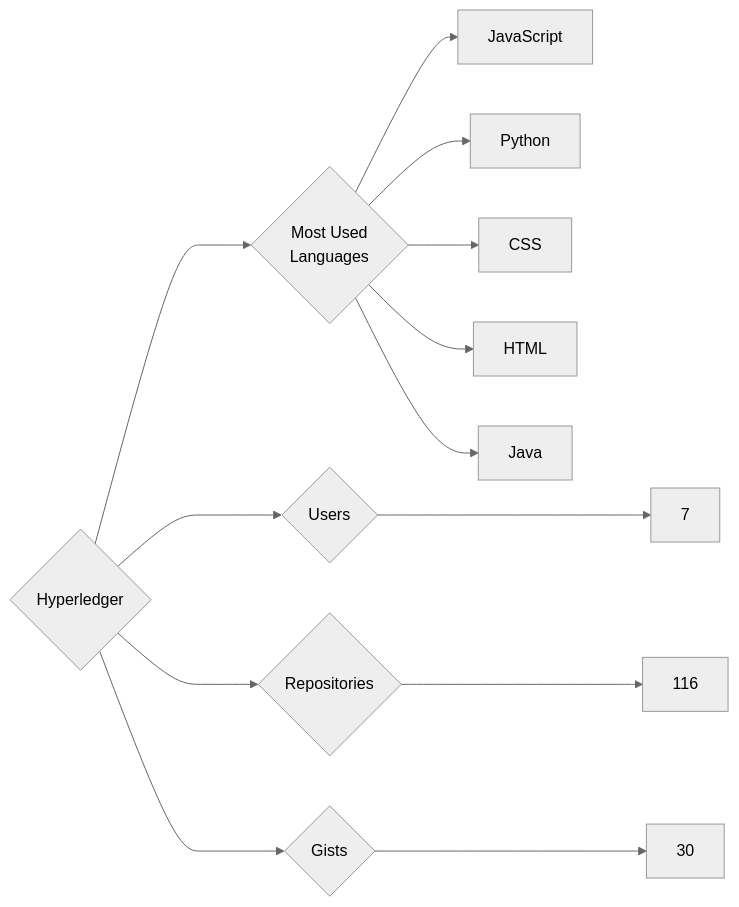
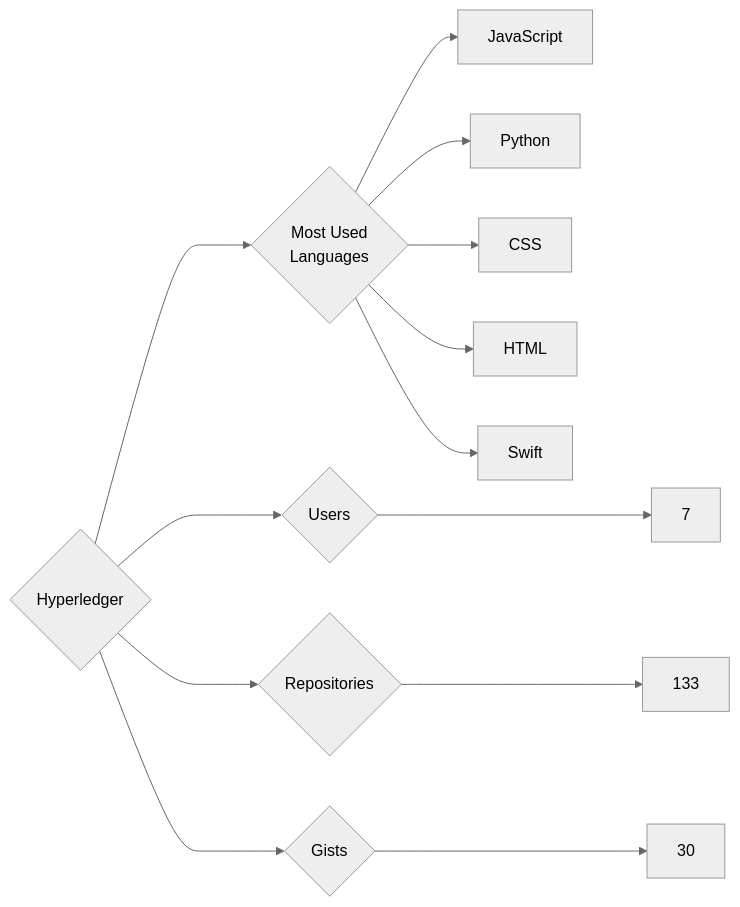
Before and after one commit to trickest/insiders: the diagram in targets/Hyperledger/README.md, drawn with Mermaid (neutral theme). The commit also changed 942 other files, not shown here.

````diff
--- a/targets/Hyperledger/README.md
+++ b/targets/Hyperledger/README.md
@@ -3,13 +3,13 @@
 ```mermaid
 graph LR
 COMPANY_NAME{Hyperledger}
 COMPANY_NAME ---> U{Users} ---> UN[7]
-COMPANY_NAME ---> R{Repositories} ---> RN[116]
+COMPANY_NAME ---> R{Repositories} ---> RN[133]
 COMPANY_NAME ---> G{Gists} ---> GN[30]
 COMPANY_NAME ---> ML{Most Used<br>Languages}
 ML --> JavaScript[JavaScript]
 ML --> Python[Python]
 ML --> CSS[CSS]
 ML --> HTML[HTML]
-ML --> Java[Java]
+ML --> Swift[Swift]
 ```
````
